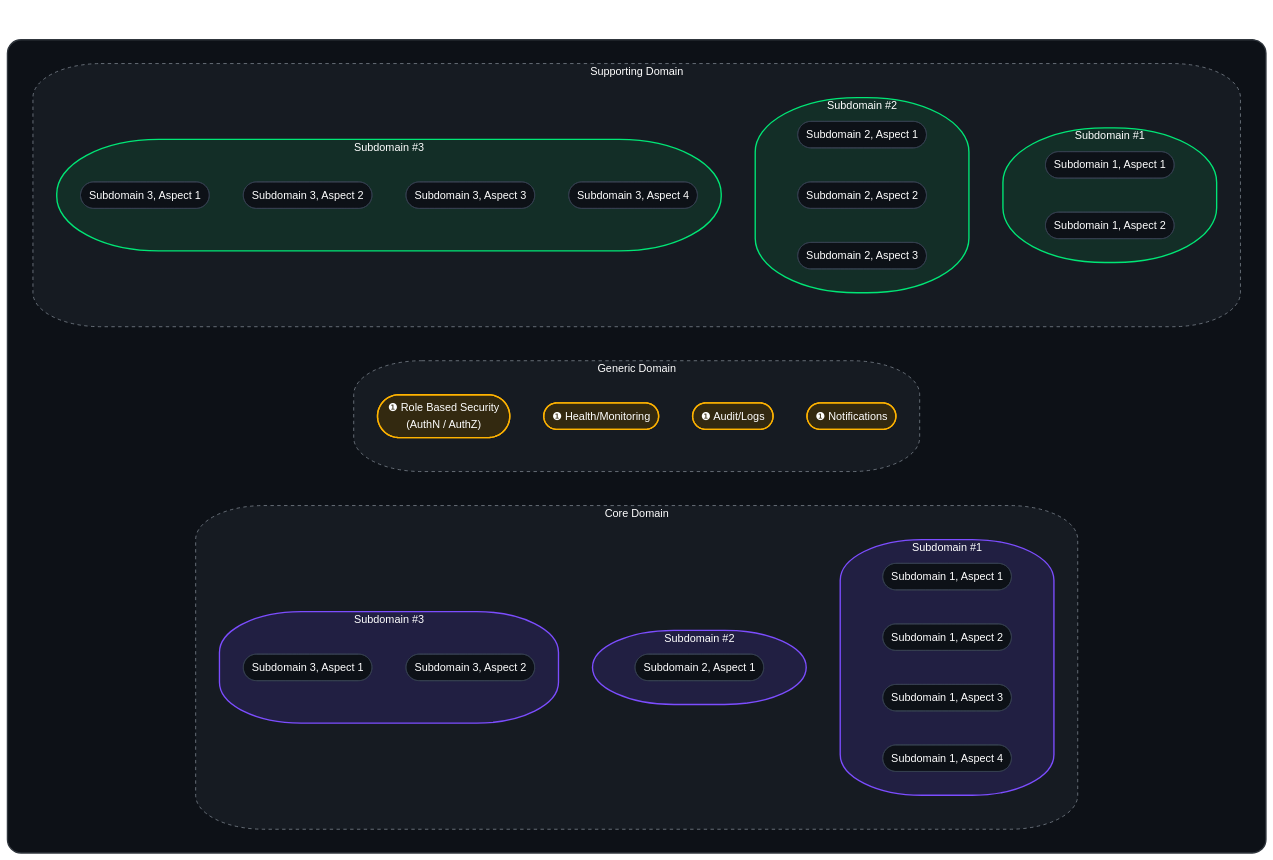
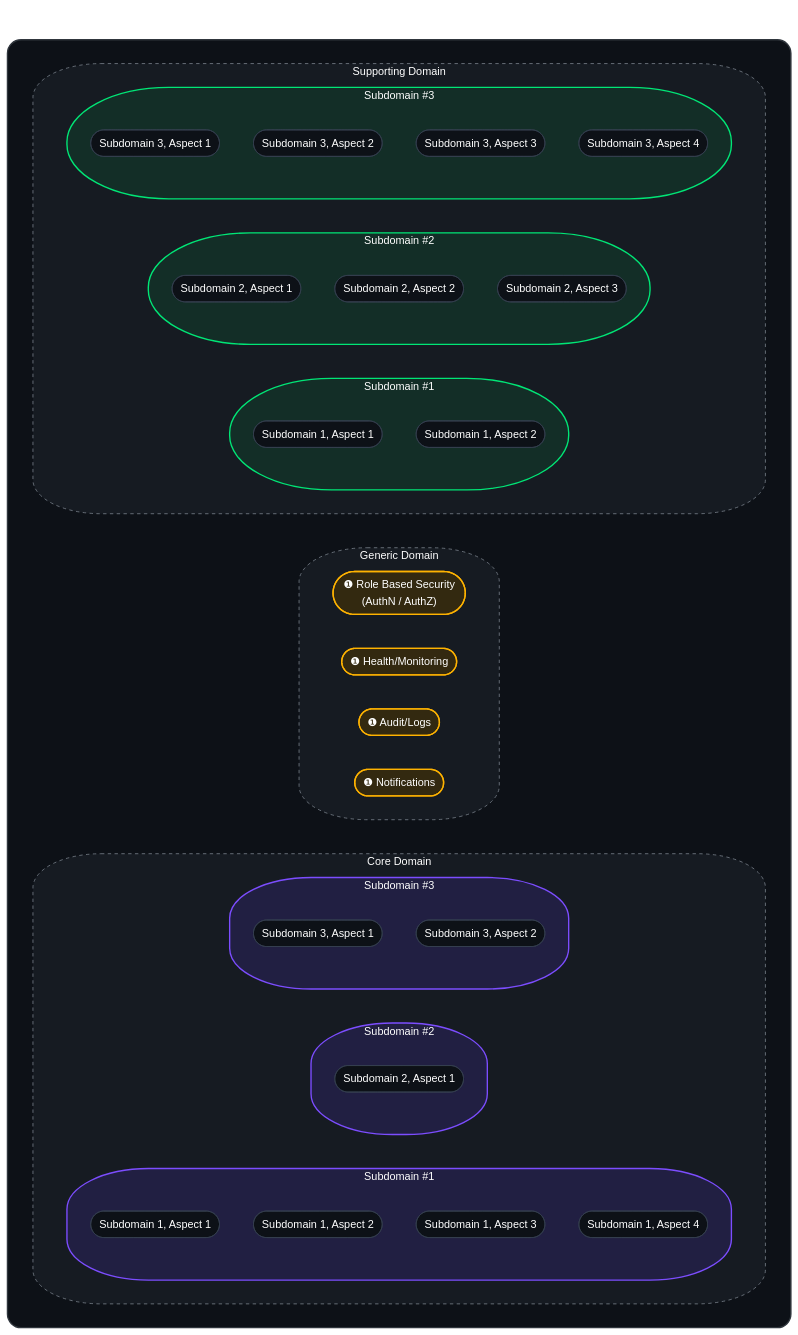
Before and after one commit to govindthange/playbooks: the diagram in mermaid/ddd-templates/dark-theme/problem-space.tpl.mmd, drawn with Mermaid.

Commit message:
Fix orientation

```diff
--- a/mermaid/ddd-templates/dark-theme/problem-space.tpl.mmd
+++ b/mermaid/ddd-templates/dark-theme/problem-space.tpl.mmd
@@ -1,99 +1,102 @@
 ---
 title: "Application Title - DDD: Problem Space"
 config:
   flowchart:
     curve: basis
   theme: base
   themeVariables:
     primaryColor: '#1F2937'
     primaryTextColor: '#FFFFFF'
     primaryBorderColor: '#374151'
     lineColor: '#00E5FF'
     edgeLabelBackground: 'transparent'
     fontFamily: 'Inter, system-ui, sans-serif'
     mainBkg: '#0D1117'
     secondBkg: '#161B22'
     tertiaryColor: '#21262D'
     clusterBkg: '#161B22'
     clusterBorder: '#30363D'
     background: '#0D1117'
     secondaryColor: '#21262D'
     tertiaryTextColor: '#FFFFFF'
     secondaryTextColor: '#FFFFFF'
     textColor: '#FFFFFF'
     nodeTextColor: '#FFFFFF'
   themeCSS: '.edgeLabel, .edgeLabels, .edgeLabel *, .edgeLabels *, .edgeLabel .label, .edgeLabels .label, .edgeLabel p, .edgeLabels p, .edgeLabel div, .edgeLabels div, .edgeLabel foreignObject, .edgeLabels foreignObject, .edgeLabel rect, .edgeLabels rect, .edgeLabel span, .edgeLabels span, .label rect, tspan { background-color: transparent !important; background: transparent !important; fill: transparent !important; stroke: none !important; } .edgeLabel .label text, .edgeLabel text, .edgeLabels text, .edgeLabel p, .edgeLabels p, .edgeLabel span, .edgeLabels span { color: #8B949E !important; fill: #8B949E !important; }'
 ---
 
-flowchart TB
+flowchart
     subgraph mainContainer[" "]
         direction LR
         
         %% Core Domain
         subgraph coreDomain["Core Domain"]
-            direction TB
+            direction LR
             
             subgraph coreSubdomain1["Subdomain #1"]
+                direction TB
                 coreSubdomain1Aspect1(["Subdomain 1, Aspect 1"])
                 coreSubdomain1Aspect2(["Subdomain 1, Aspect 2"])
                 coreSubdomain1Aspect3(["Subdomain 1, Aspect 3"])
                 coreSubdomain1Aspect4(["Subdomain 1, Aspect 4"])
             end
             
             subgraph coreSubdomain2["Subdomain #2"]
                 coreSubdomain2Aspect1(["Subdomain 2, Aspect 1"])
             end
             
             subgraph coreSubdomain3["Subdomain #3"]
                 coreSubdomain3Aspect1(["Subdomain 3, Aspect 1"])
                 coreSubdomain3Aspect2(["Subdomain 3, Aspect 2"])
             end
             
         end
         
         %% Generic Domain
         subgraph genericDomain["Generic Domain"]
+            direction LR
             genericAuthNZ(["❶ Role Based Security<br>(AuthN / AuthZ)"])
             genericHealthMonitoring(["❶ Health/Monitoring"])
             genericAuditLogs(["❶ Audit/Logs"])
             genericNotifications(["❶ Notifications"])
         end
         
         %% Supporting Domain
         subgraph supportingDomain["Supporting Domain"]
+            direction LR
             
             subgraph supportingSubdomain1["Subdomain #1"]
                 supportingSubdomain1Aspect1(["Subdomain 1, Aspect 1"])
                 supportingSubdomain1Aspect2(["Subdomain 1, Aspect 2"])
             end
             
             subgraph supportingSubdomain2["Subdomain #2"]
                 supportingSubdomain2Aspect1(["Subdomain 2, Aspect 1"])
                 supportingSubdomain2Aspect2(["Subdomain 2, Aspect 2"])
                 supportingSubdomain2Aspect3(["Subdomain 2, Aspect 3"])
             end
             
             subgraph supportingSubdomain3["Subdomain #3"]
                 supportingSubdomain3Aspect1(["Subdomain 3, Aspect 1"])
                 supportingSubdomain3Aspect2(["Subdomain 3, Aspect 2"])
                 supportingSubdomain3Aspect3(["Subdomain 3, Aspect 3"])
                 supportingSubdomain3Aspect4(["Subdomain 3, Aspect 4"])
             end
             
         end
 
     end
 
     %% Dark Theme Problem Space Styling Classes
     classDef subdomainClass fill:#161B22,stroke:#8B949E,stroke-dasharray: 5 5,rx:100,ry:50,color:#FFFFFF;
     classDef coreDomainClass fill:#211F42,stroke:#7C4DFF,stroke-width:2px,rx:120,ry:60,color:#FFFFFF;
     classDef supportingDomainClass fill:#132E27,stroke:#00E676,stroke-width:2px,rx:150,ry:80,color:#FFFFFF;
     classDef genericDomainClass fill:#332910,stroke:#FFB300,stroke-width:2px,rx:120,ry:60,color:#FFFFFF;
     
     class coreDomain,genericDomain,supportingDomain subdomainClass;
     class coreSubdomain1,coreSubdomain2,coreSubdomain3 coreDomainClass;
     class supportingSubdomain1,supportingSubdomain2,supportingSubdomain3 supportingDomainClass;
     class genericAuthNZ,genericHealthMonitoring,genericAuditLogs,genericNotifications genericDomainClass;
 
     %% Subgraph Box Container Styling
     style mainContainer fill:#0D1117,stroke:#30363D,stroke-width:2px,rx:20px,ry:20px;
```
